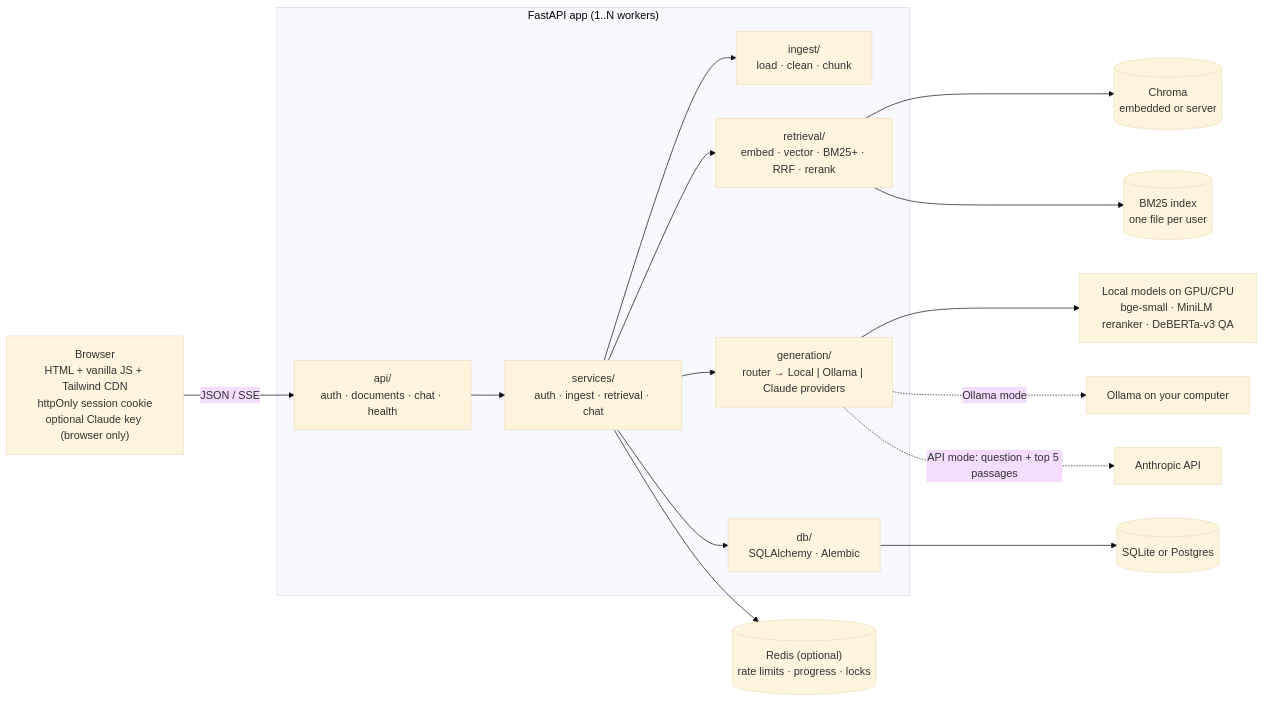
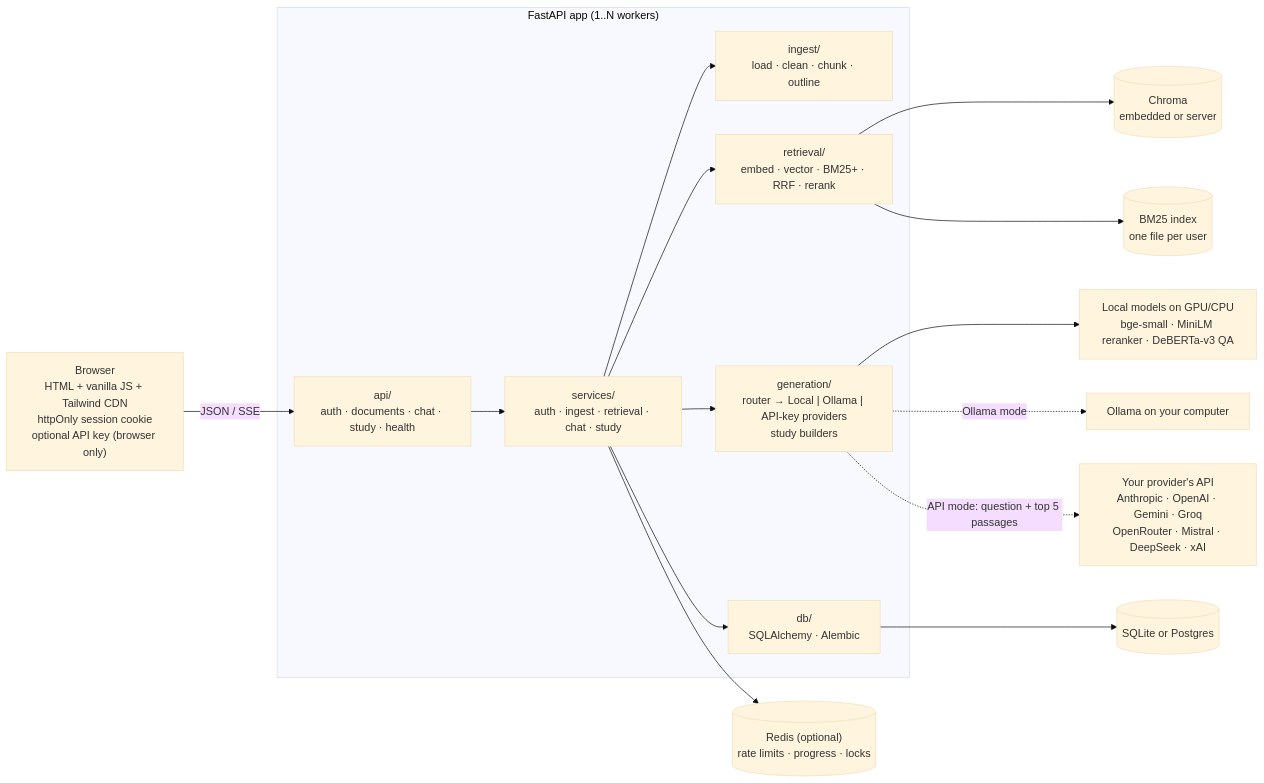
Before and after one commit to ChandanKarlekarV/rag-chat: the diagram in README.md, drawn with Mermaid (base theme). The commit also changed other lines of this file and 35 other files, not shown here.

First line of the commit message:
Any-provider API keys and a Study view (notes, sticky notes, mind map, flowchart, key terms, flashcards)

````diff
--- a/README.md
+++ b/README.md
@@ -41,20 +42,20 @@
 ```mermaid
 flowchart LR
-    B["Browser<br/>HTML + vanilla JS + Tailwind CDN<br/>httpOnly session cookie<br/>optional Claude key (browser only)"] -- "JSON / SSE" --> API
+    B["Browser<br/>HTML + vanilla JS + Tailwind CDN<br/>httpOnly session cookie<br/>optional API key (browser only)"] -- "JSON / SSE" --> API
 
     subgraph FastAPI["FastAPI app (1..N workers)"]
-        API["api/<br/>auth · documents · chat · health"] --> SVC["services/<br/>auth · ingest · retrieval · chat"]
-        SVC --> ING["ingest/<br/>load · clean · chunk"]
+        API["api/<br/>auth · documents · chat · study · health"] --> SVC["services/<br/>auth · ingest · retrieval · chat · study"]
+        SVC --> ING["ingest/<br/>load · clean · chunk · outline"]
         SVC --> RET["retrieval/<br/>embed · vector · BM25+ · RRF · rerank"]
-        SVC --> GEN["generation/<br/>router → Local | Ollama | Claude providers"]
+        SVC --> GEN["generation/<br/>router → Local | Ollama | API-key providers<br/>study builders"]
         SVC --> DB["db/<br/>SQLAlchemy · Alembic"]
     end
 
     DB --> SQL[("SQLite or Postgres")]
     RET --> CH[("Chroma<br/>embedded or server")]
     RET --> BM[("BM25 index<br/>one file per user")]
     SVC --> RD[("Redis (optional)<br/>rate limits · progress · locks")]
     GEN --> LM["Local models on GPU/CPU<br/>bge-small · MiniLM reranker · DeBERTa-v3 QA"]
     GEN -. "Ollama mode" .-> OL["Ollama on your computer"]
-    GEN -. "API mode: question + top 5 passages" .-> LLM["Anthropic API"]
+    GEN -. "API mode: question + top 5 passages" .-> LLM["Your provider's API<br/>Anthropic · OpenAI · Gemini · Groq<br/>OpenRouter · Mistral · DeepSeek · xAI"]
 ```
````
